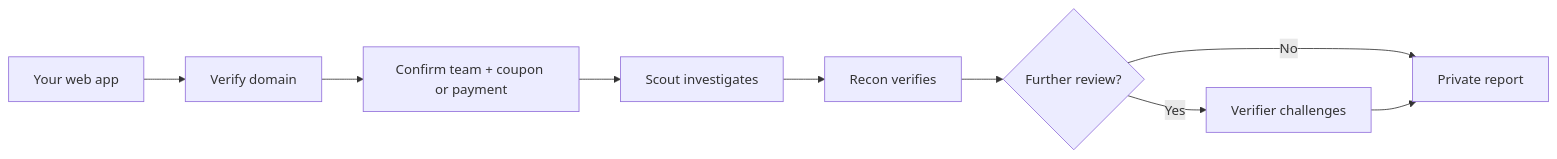
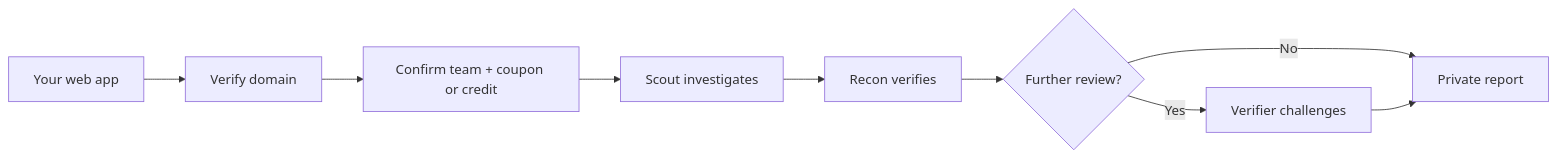
The first of 2 diagrams in README.md (adaki2004/patchriot-core), drawn with Mermaid before and after one commit. The commit also changed other lines of this file and 33 other files, not shown here.

````diff
--- a/README.md
+++ b/README.md
@@ -11,11 +11,11 @@
 ```mermaid
 flowchart LR
     U[Your web app] --> V[Verify domain]
-    V --> C[Confirm team + coupon or payment]
+    V --> C[Confirm team + coupon or credit]
     C --> S[Scout investigates]
     S --> R[Recon verifies]
     R --> T{Further review?}
     T -->|Yes| X[Verifier challenges]
     T -->|No| P[Private report]
     X --> P
 ```
````
